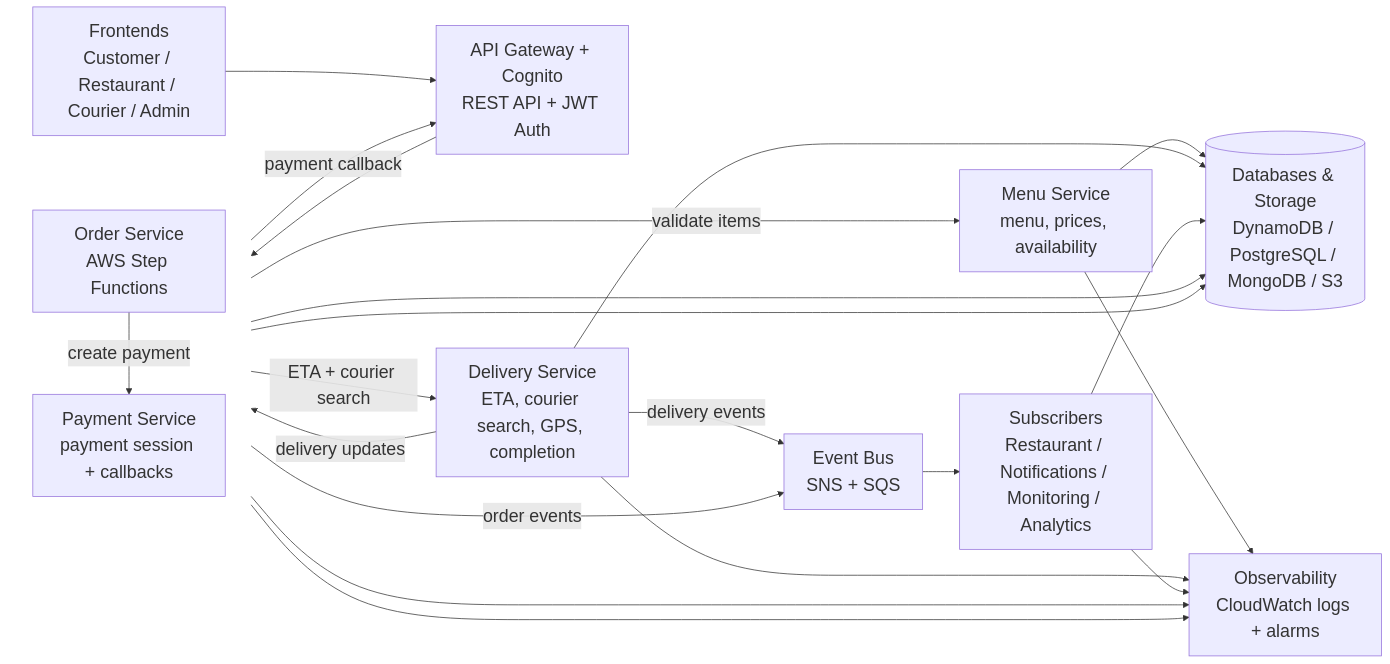
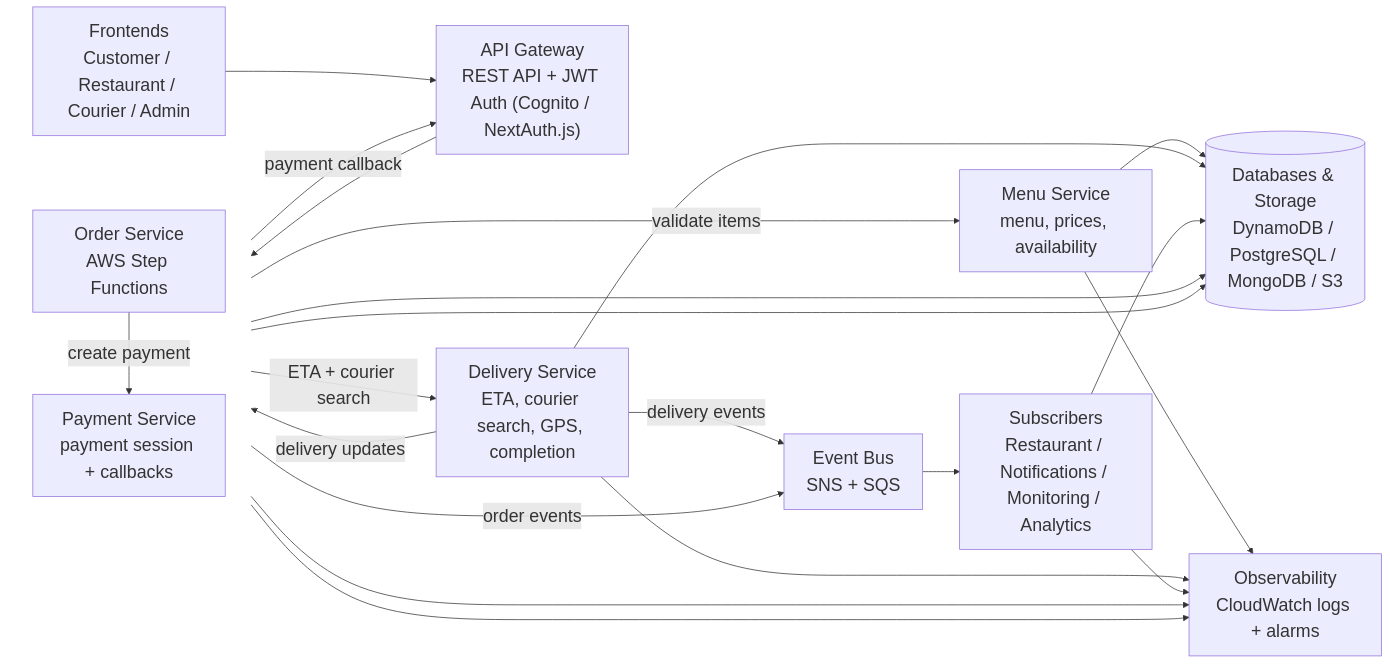
One commit to food-delivery-platform/docs changed the second of 10 diagrams in ARCHITECTURE.md. Above: the diagram before and after it, drawn with Mermaid. The commit also changed other lines of this file and 1 other file, not shown here.

````diff
--- a/ARCHITECTURE.md
+++ b/ARCHITECTURE.md
@@ -113,54 +113,54 @@
 ```mermaid
 %%{init: {"theme":"default","themeVariables":{"fontSize":"24px"}}}%%
 flowchart LR
 
 FR["Frontends\nCustomer / Restaurant / Courier / Admin"]
 
-ENTRY["API Gateway + Cognito\nREST API + JWT Auth"]
+ENTRY["API Gateway\nREST API + JWT Auth (Cognito / NextAuth.js)"]
 
 subgraph OrderServiceStack[" "]
 direction TB
 PS["Payment Service\npayment session + callbacks"]
 OS["Order Service\nAWS Step Functions"]
 end
 
 CS["Menu Service\nmenu, prices, availability"]
 
 DS["Delivery Service\nETA, courier search, GPS, completion"]
 
 BUS["Event Bus\nSNS + SQS"]
 
 SUB["Subscribers\nRestaurant / Notifications / Monitoring / Analytics"]
 
 DATA[("Databases & Storage\nDynamoDB / PostgreSQL / MongoDB / S3")]
 
 OBS["Observability\nCloudWatch logs + alarms"]
 
 FR --> ENTRY
 ENTRY --> OS
 
 OS -->|"validate items"| CS
 OS -->|"create payment"| PS
 PS -->|"payment callback"| ENTRY
 
 OS -->|"ETA + courier search"| DS
 DS -->|"delivery updates"| OS
 
 OS -->|"order events"| BUS
 DS -->|"delivery events"| BUS
 BUS --> SUB
 
 OS --> DATA
 CS --> DATA
 PS --> DATA
 DS --> DATA
 SUB --> DATA
 
 OS --> OBS
 CS --> OBS
 PS --> OBS
 DS --> OBS
 SUB --> OBS
 
 style OrderServiceStack fill:transparent,stroke:transparent,color:transparent
 ```
````
